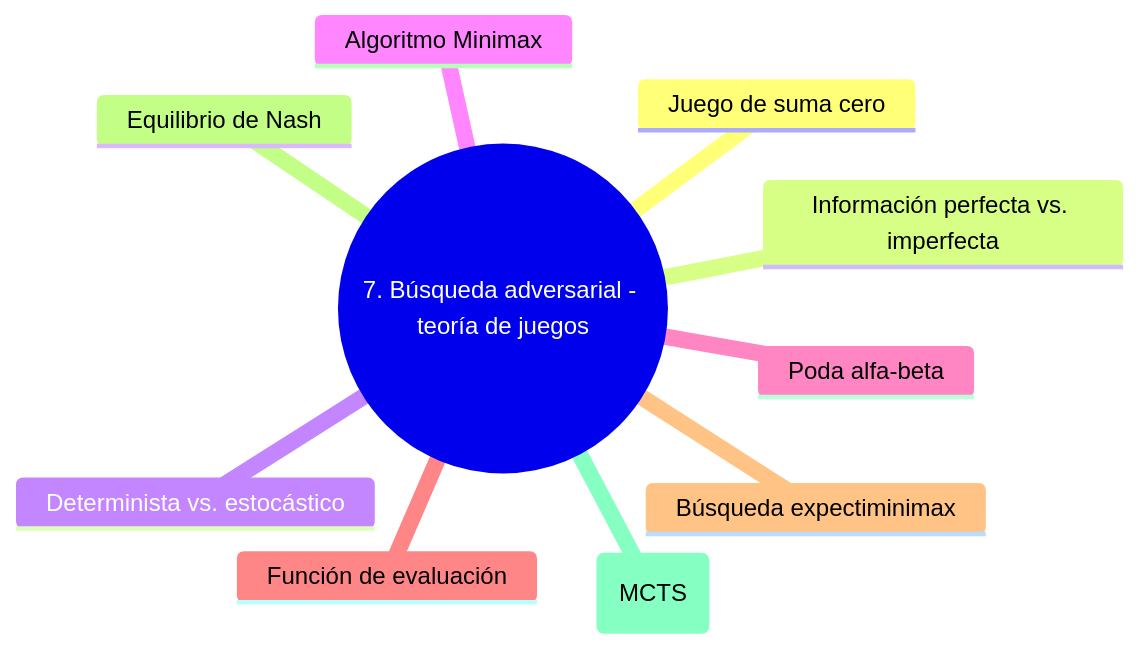
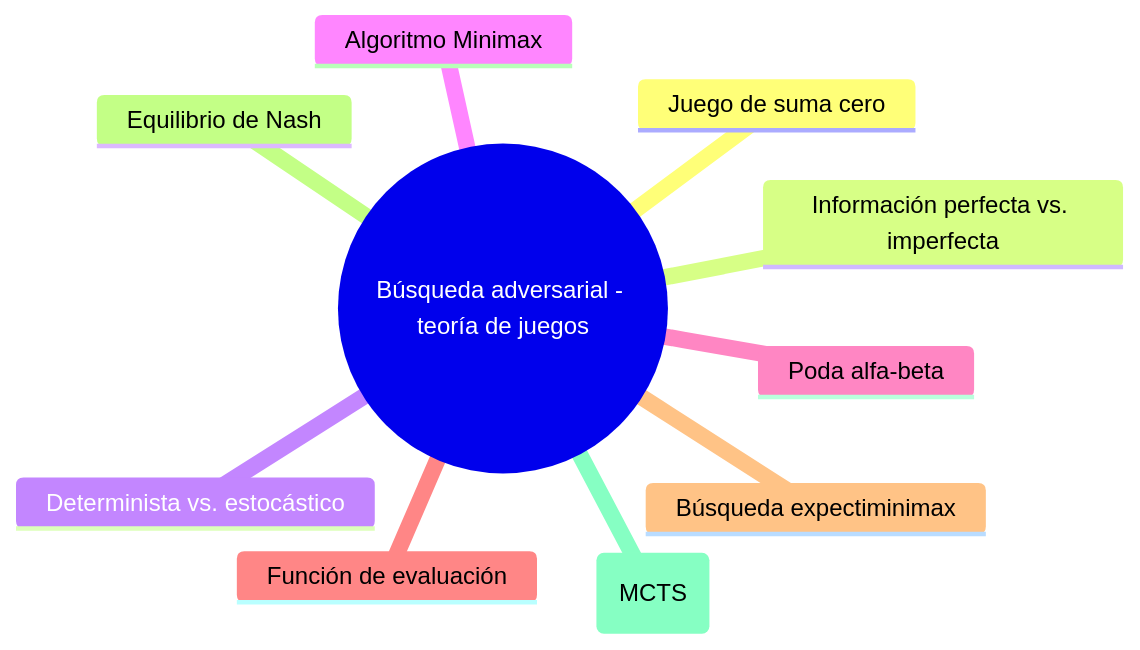
Before and after one commit to rgglez/rgglez-website: the seventh of 17 diagrams in src/src/data/blog/2026/05/es/glosario-razonamiento-planificacion.mdx, drawn with Mermaid. The commit also changed other lines of this file and 42 other files, not shown here.

````diff
--- a/src/src/data/blog/2026/05/es/glosario-razonamiento-planificacion.mdx
+++ b/src/src/data/blog/2026/05/es/glosario-razonamiento-planificacion.mdx
@@ -782,13 +796,13 @@
 ```mermaid
 mindmap
-  root((7. Búsqueda adversarial - teoría de juegos))
+  root(("Búsqueda adversarial - teoría de juegos"))
     Juego de suma cero
     Información perfecta vs. imperfecta
     Determinista vs. estocástico
     Algoritmo Minimax
     Poda alfa-beta
     Función de evaluación
     Búsqueda expectiminimax
     Equilibrio de Nash
     Monte Carlo Tree Search (MCTS)
 ```
````
